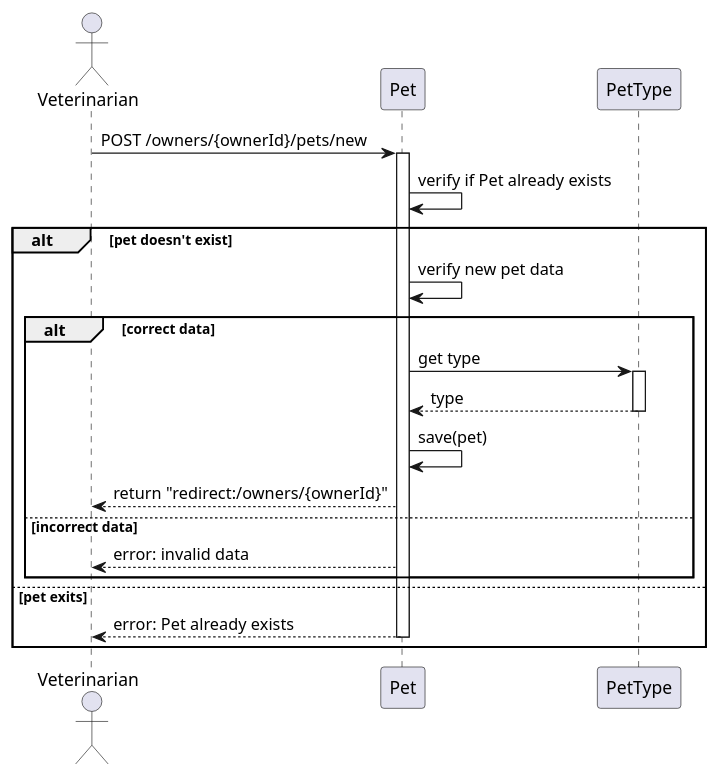
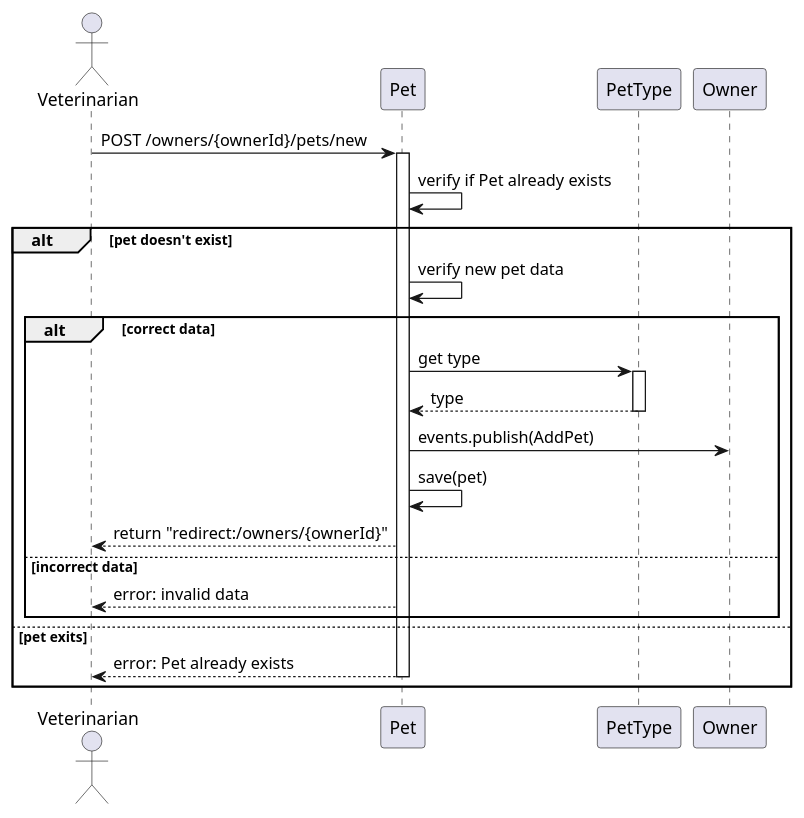
One commit to miguel1211593/spring_modulith changed the diagram in docs/modulith/SD/AddPet/N2AddPet.puml. Above: the diagram before and after it, drawn with PlantUML. The commit also changed 6 other files, not shown here.

```diff
--- a/docs/modulith/SD/AddPet/N2AddPet.puml
+++ b/docs/modulith/SD/AddPet/N2AddPet.puml
@@ -1,28 +1,30 @@
 @startuml
 
 actor Veterinarian
 participant "Pet" as Pet
 participant "PetType" as PetType
+participant "Owner" as Owner
 
 Veterinarian -> Pet: POST /owners/{ownerId}/pets/new
 activate Pet
 Pet -> Pet: verify if Pet already exists
 alt pet doesn't exist
     Pet -> Pet: verify new pet data
     alt correct data
     Pet -> PetType: get type
     activate PetType
     PetType --> Pet: type
     deactivate PetType
+    Pet -> Owner: events.publish(AddPet)
     Pet -> Pet : save(pet)
     Pet --> Veterinarian: return "redirect:/owners/{ownerId}"
     else incorrect data
     Pet --> Veterinarian: error: invalid data
     end
 else pet exits
     Pet --> Veterinarian: error: Pet already exists
     deactivate Pet
 end
 
 
 @enduml
```
